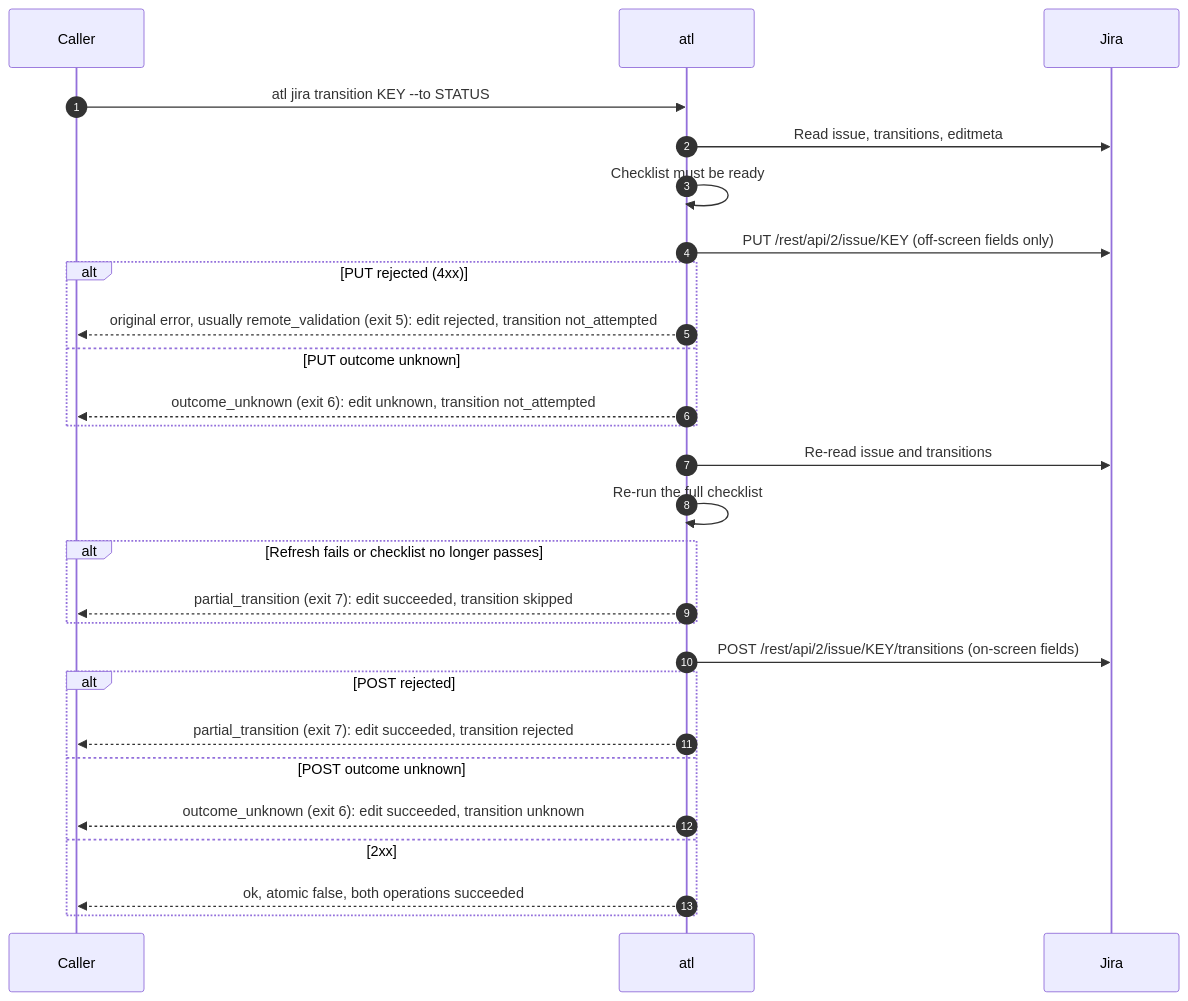
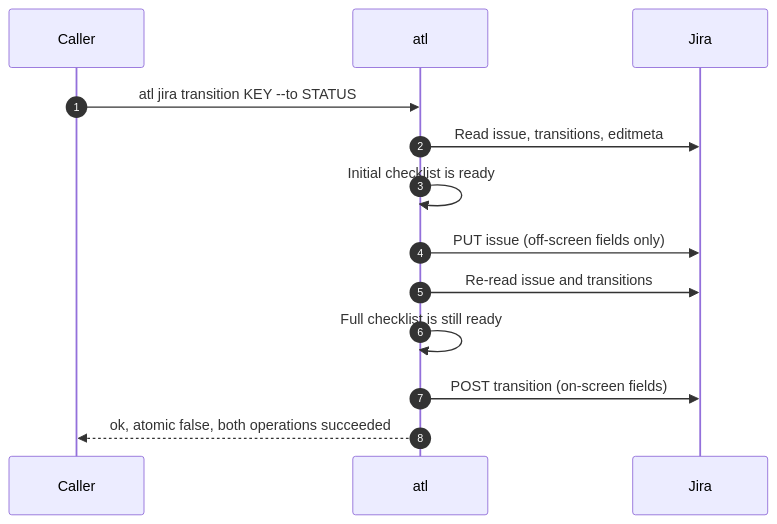
The third of 3 diagrams in docs/guides/jira-workflows.md (calvinware/atlass-cli), drawn with Mermaid before and after one commit. The commit also changed other lines of this file and 2 other files, not shown here.

````diff
--- a/docs/guides/jira-workflows.md
+++ b/docs/guides/jira-workflows.md
@@ -136,29 +155,15 @@
 ```mermaid
 sequenceDiagram
     autonumber
     participant Caller
     participant atl
     participant Jira
     Caller->>atl: atl jira transition KEY --to STATUS
     atl->>Jira: Read issue, transitions, editmeta
-    atl->>atl: Checklist must be ready
-    atl->>Jira: PUT /rest/api/2/issue/KEY (off-screen fields only)
-    alt PUT rejected (4xx)
-        atl-->>Caller: original error, usually remote_validation (exit 5): edit rejected, transition not_attempted
-    else PUT outcome unknown
-        atl-->>Caller: outcome_unknown (exit 6): edit unknown, transition not_attempted
-    end
+    atl->>atl: Initial checklist is ready
+    atl->>Jira: PUT issue (off-screen fields only)
     atl->>Jira: Re-read issue and transitions
-    atl->>atl: Re-run the full checklist
-    alt Refresh fails or checklist no longer passes
-        atl-->>Caller: partial_transition (exit 7): edit succeeded, transition skipped
-    end
-    atl->>Jira: POST /rest/api/2/issue/KEY/transitions (on-screen fields)
-    alt POST rejected
-        atl-->>Caller: partial_transition (exit 7): edit succeeded, transition rejected
-    else POST outcome unknown
-        atl-->>Caller: outcome_unknown (exit 6): edit succeeded, transition unknown
-    else 2xx
-        atl-->>Caller: ok, atomic false, both operations succeeded
-    end
+    atl->>atl: Full checklist is still ready
+    atl->>Jira: POST transition (on-screen fields)
+    atl-->>Caller: ok, atomic false, both operations succeeded
 ```
````
